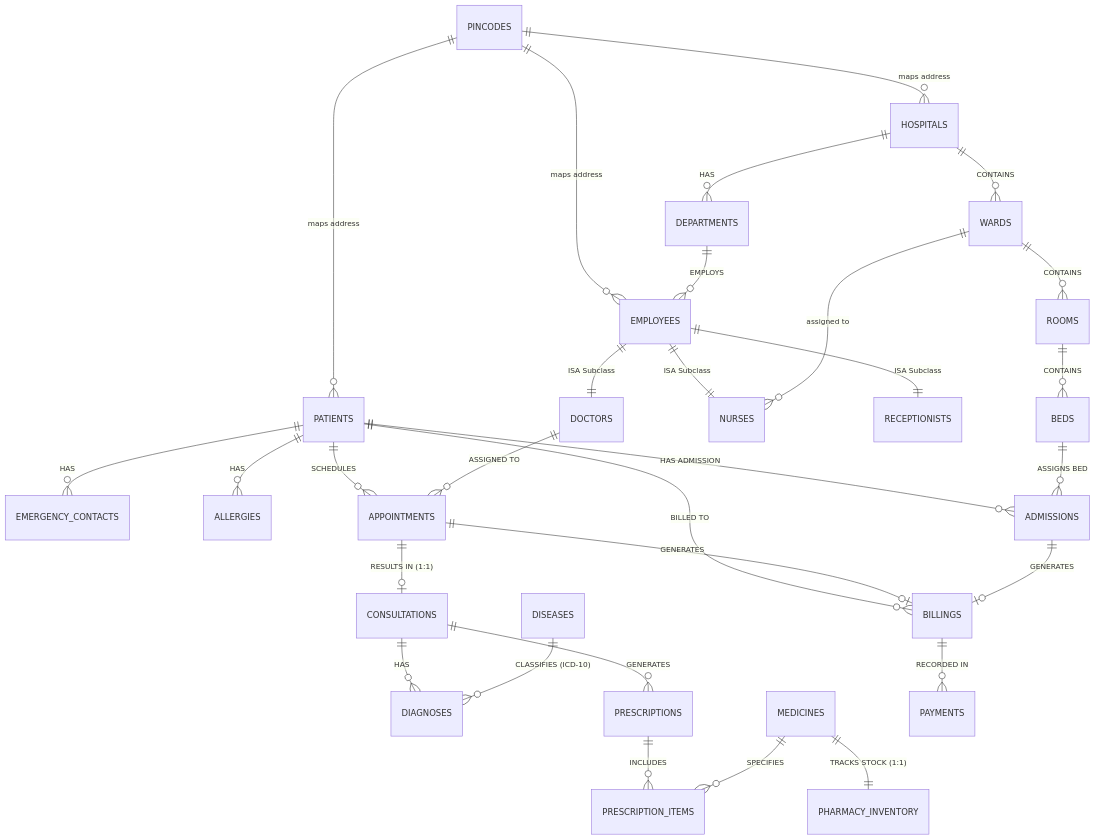
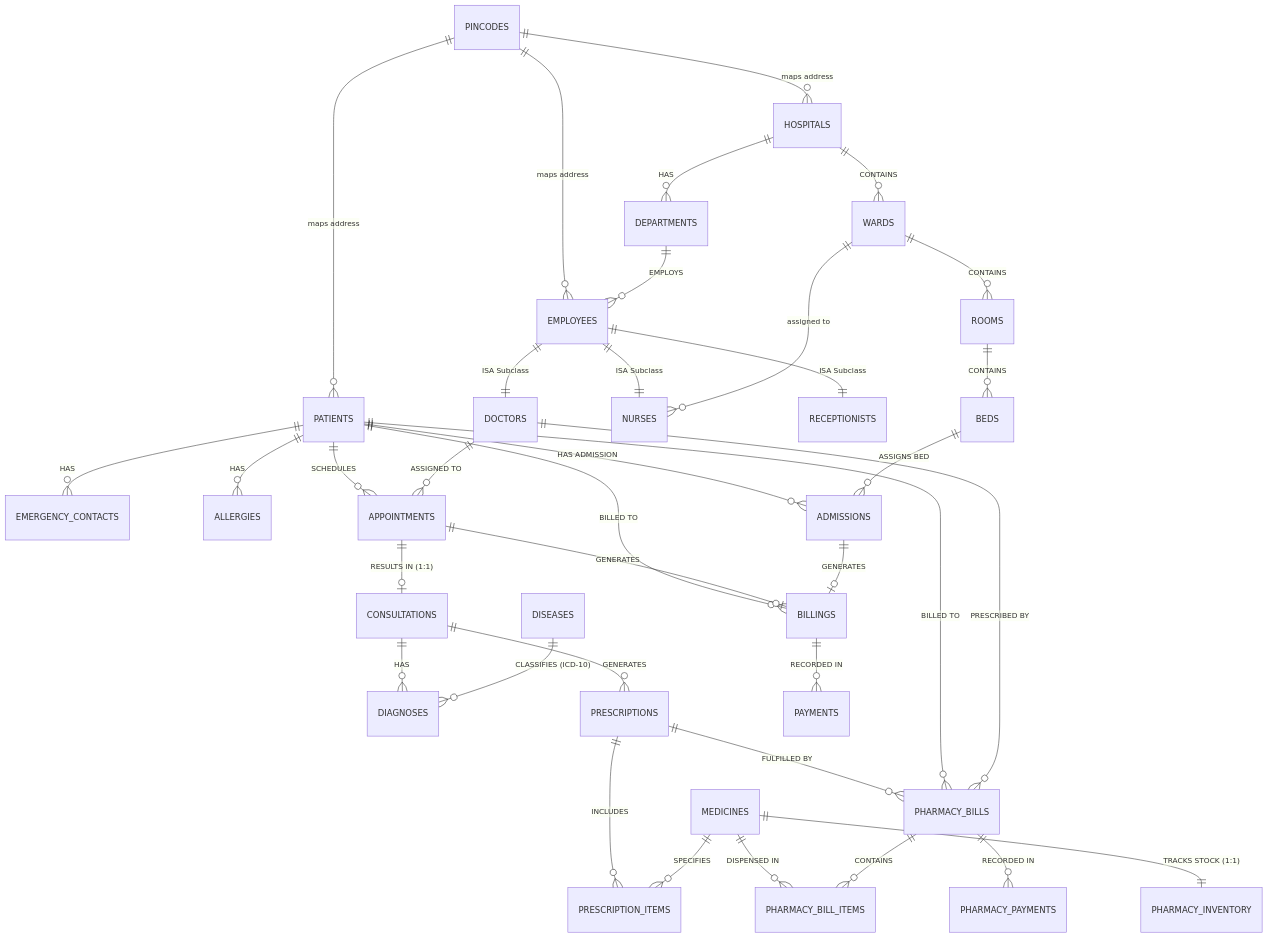
One commit to swayam0611/dbms-project changed the diagram in PROJECT_REPORT.md. Above: the diagram before and after it, drawn with Mermaid. The commit also changed other lines of this file and 24 other files, not shown here.

````diff
--- a/PROJECT_REPORT.md
+++ b/PROJECT_REPORT.md
@@ -29,46 +29,54 @@
 ```mermaid
 erDiagram
     PINCODES ||--o{ HOSPITALS : "maps address"
     PINCODES ||--o{ EMPLOYEES : "maps address"
     PINCODES ||--o{ PATIENTS : "maps address"
 
     HOSPITALS ||--o{ DEPARTMENTS : "HAS"
     HOSPITALS ||--o{ WARDS : "CONTAINS"
 
     DEPARTMENTS ||--o{ EMPLOYEES : "EMPLOYS"
 
     EMPLOYEES ||--|| DOCTORS : "ISA Subclass"
     EMPLOYEES ||--|| NURSES : "ISA Subclass"
     EMPLOYEES ||--|| RECEPTIONISTS : "ISA Subclass"
 
     WARDS ||--o{ ROOMS : "CONTAINS"
     WARDS ||--o{ NURSES : "assigned to"
     ROOMS ||--o{ BEDS : "CONTAINS"
 
     PATIENTS ||--o{ EMERGENCY_CONTACTS : "HAS"
     PATIENTS ||--o{ ALLERGIES : "HAS"
     PATIENTS ||--o{ ADMISSIONS : "HAS ADMISSION"
     PATIENTS ||--o{ APPOINTMENTS : "SCHEDULES"
     PATIENTS ||--o{ BILLINGS : "BILLED TO"
 
     BEDS ||--o{ ADMISSIONS : "ASSIGNS BED"
 
     DOCTORS ||--o{ APPOINTMENTS : "ASSIGNED TO"
 
     APPOINTMENTS ||--o| CONSULTATIONS : "RESULTS IN (1:1)"
     APPOINTMENTS ||--o| BILLINGS : "GENERATES"
 
     ADMISSIONS ||--o| BILLINGS : "GENERATES"
 
     CONSULTATIONS ||--o{ DIAGNOSES : "HAS"
     CONSULTATIONS ||--o{ PRESCRIPTIONS : "GENERATES"
 
     DISEASES ||--o{ DIAGNOSES : "CLASSIFIES (ICD-10)"
 
     PRESCRIPTIONS ||--o{ PRESCRIPTION_ITEMS : "INCLUDES"
     MEDICINES ||--o{ PRESCRIPTION_ITEMS : "SPECIFIES"
 
     MEDICINES ||--|| PHARMACY_INVENTORY : "TRACKS STOCK (1:1)"
+    MEDICINES ||--o{ PHARMACY_BILL_ITEMS : "DISPENSED IN"
+
+    PRESCRIPTIONS ||--o{ PHARMACY_BILLS : "FULFILLED BY"
+    PATIENTS ||--o{ PHARMACY_BILLS : "BILLED TO"
+    DOCTORS ||--o{ PHARMACY_BILLS : "PRESCRIBED BY"
+
+    PHARMACY_BILLS ||--o{ PHARMACY_BILL_ITEMS : "CONTAINS"
+    PHARMACY_BILLS ||--o{ PHARMACY_PAYMENTS : "RECORDED IN"
 
     BILLINGS ||--o{ PAYMENTS : "RECORDED IN"
 ```
````
